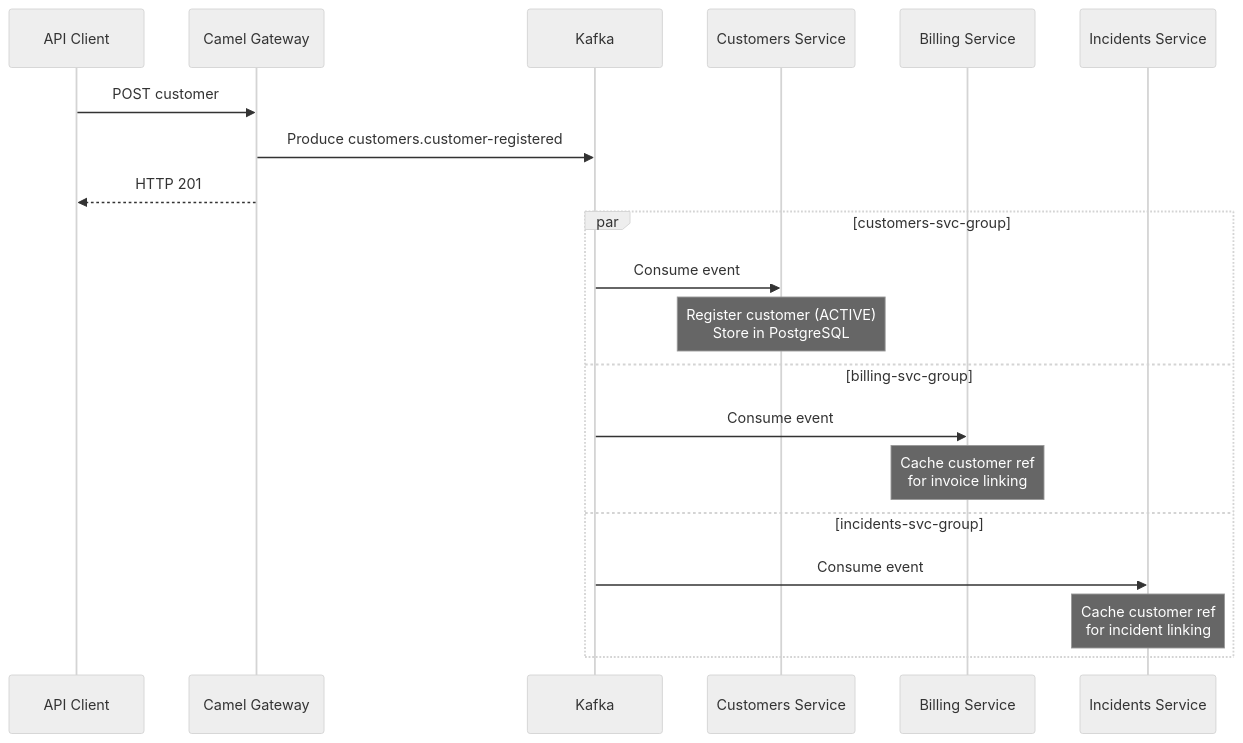
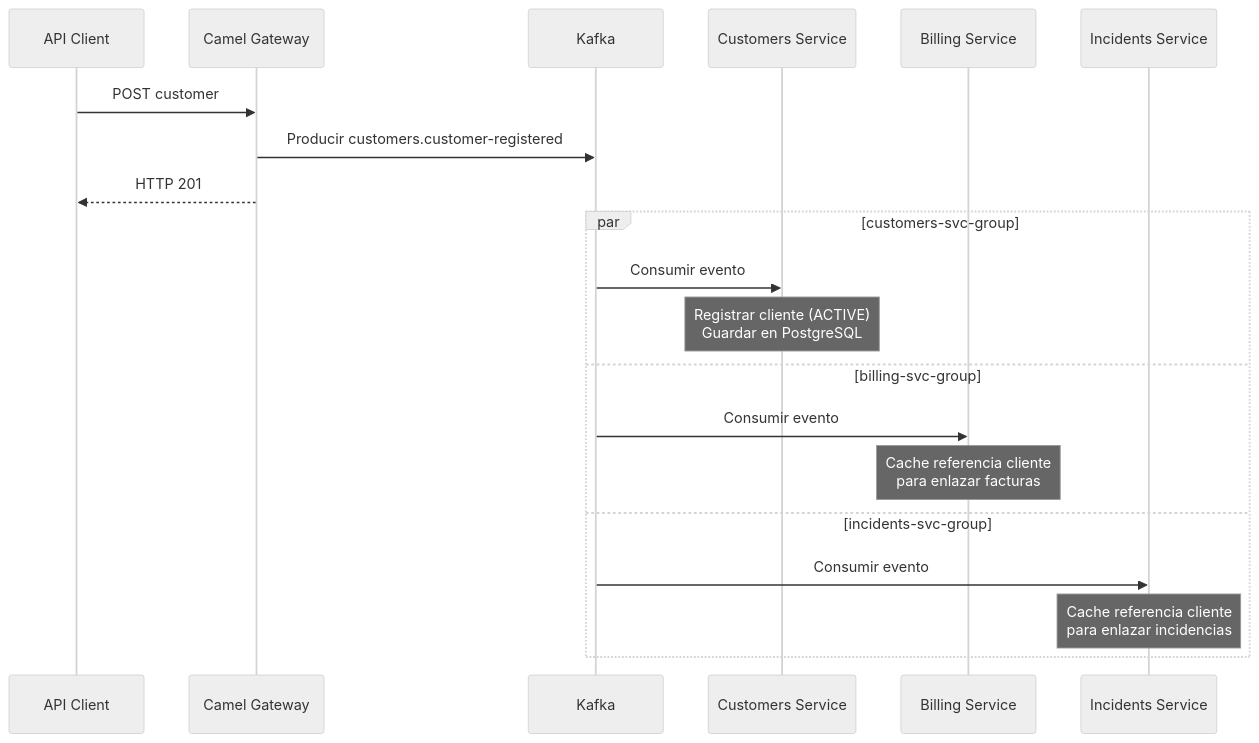
The sixth of 7 diagrams in openspecs/docs/architecture/README.md (monghithub/guidewire), drawn with Mermaid (neutral theme) before and after one commit. The commit also changed other lines of this file and 21 other files, not shown here.

````diff
--- a/openspecs/docs/architecture/README.md
+++ b/openspecs/docs/architecture/README.md
@@ -245,24 +231,24 @@
 ```mermaid
 sequenceDiagram
     participant Client as API Client
     participant CG as Camel Gateway
     participant KF as Kafka
     participant CS as Customers Service
     participant BS as Billing Service
     participant IS as Incidents Service
 
     Client->>CG: POST customer
-    CG->>KF: Produce customers.customer-registered
+    CG->>KF: Producir customers.customer-registered
     CG-->>Client: HTTP 201
 
     par customers-svc-group
-        KF->>CS: Consume event
-        Note over CS: Register customer (ACTIVE)<br/>Store in PostgreSQL
+        KF->>CS: Consumir evento
+        Note over CS: Registrar cliente (ACTIVE)<br/>Guardar en PostgreSQL
     and billing-svc-group
-        KF->>BS: Consume event
-        Note over BS: Cache customer ref<br/>for invoice linking
+        KF->>BS: Consumir evento
+        Note over BS: Cache referencia cliente<br/>para enlazar facturas
     and incidents-svc-group
-        KF->>IS: Consume event
-        Note over IS: Cache customer ref<br/>for incident linking
+        KF->>IS: Consumir evento
+        Note over IS: Cache referencia cliente<br/>para enlazar incidencias
     end
 ```
````
